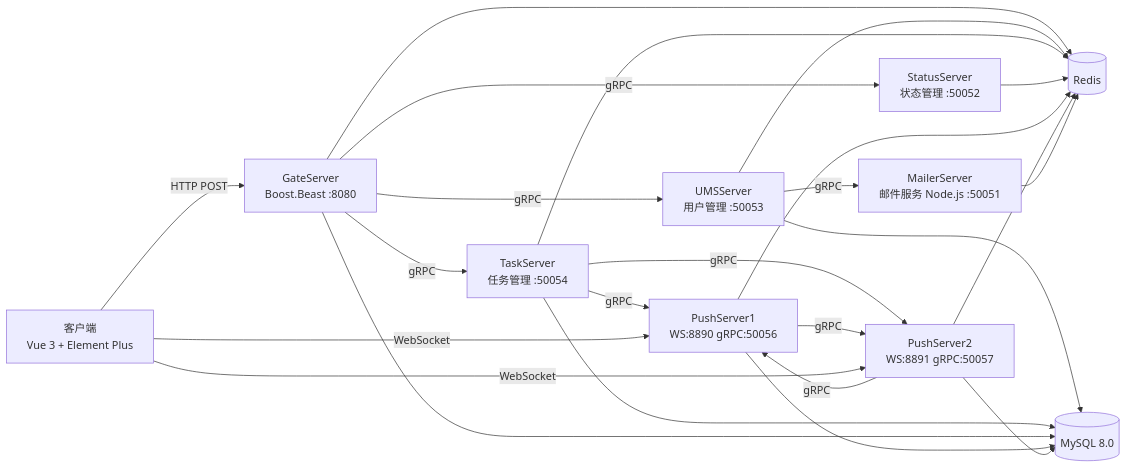
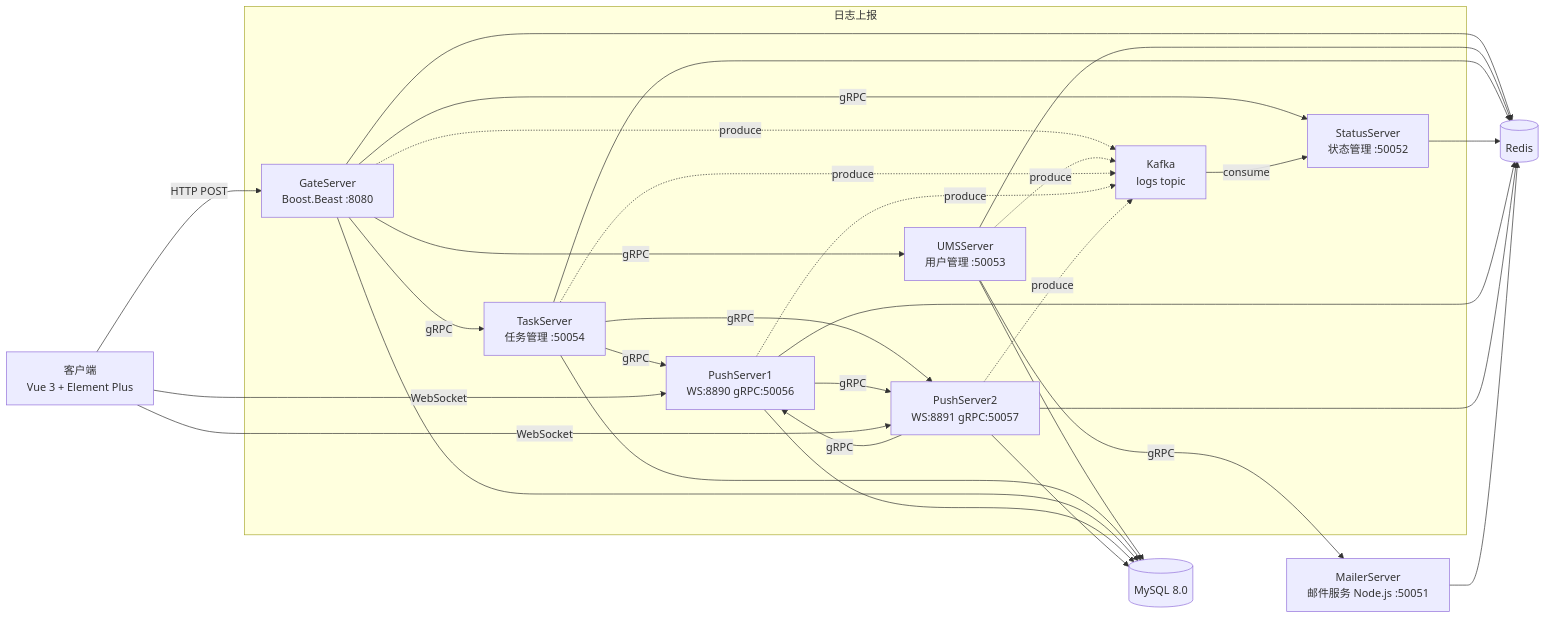
Before and after one commit to KieranGao/OxyTeamTasks: the diagram in README.md, drawn with Mermaid. The commit also changed other lines of this file and 38 other files, not shown here.

````diff
--- a/README.md
+++ b/README.md
@@ -173,26 +175,34 @@
 ```mermaid
 graph LR
     C[客户端<br/>Vue 3 + Element Plus] -->|HTTP POST| G[GateServer<br/>Boost.Beast :8080]
     G -->|gRPC| U[UMSServer<br/>用户管理 :50053]
     G -->|gRPC| T[TaskServer<br/>任务管理 :50054]
     G -->|gRPC| S[StatusServer<br/>状态管理 :50052]
     U -->|gRPC| M[MailerServer<br/>邮件服务 Node.js :50051]
     T -->|gRPC| P1[PushServer1<br/>WS:8890 gRPC:50056]
     T -->|gRPC| P2[PushServer2<br/>WS:8891 gRPC:50057]
     P1 -->|gRPC| P2
     P2 -->|gRPC| P1
     C -->|WebSocket| P1
     C -->|WebSocket| P2
     U --> DB[(MySQL 8.0)]
     T --> DB
     G --> DB
     P1 --> DB
     P2 --> DB
     G --> R[(Redis)]
     U --> R
     T --> R
     S --> R
     P1 --> R
     P2 --> R
     M --> R
+    subgraph 日志上报
+        G -.->|produce| K[Kafka<br/>logs topic]
+        U -.->|produce| K
+        T -.->|produce| K
+        P1 -.->|produce| K
+        P2 -.->|produce| K
+        K -->|consume| S
+    end
 ```
````
